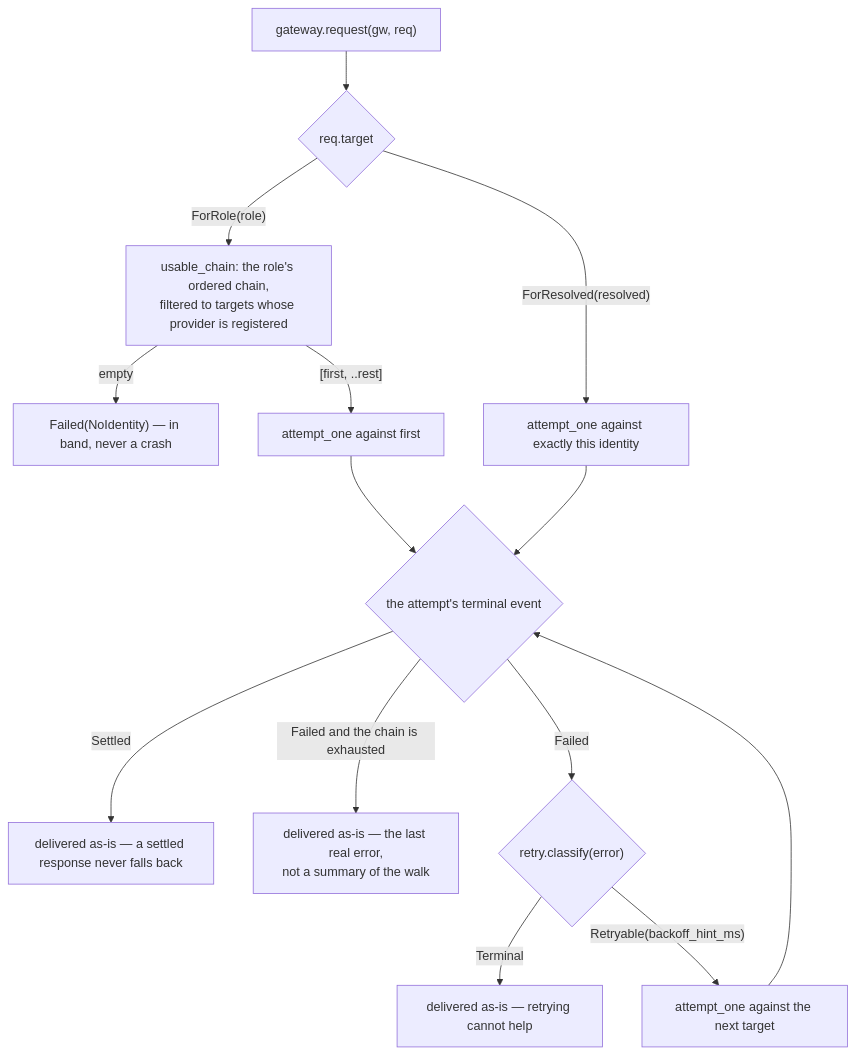
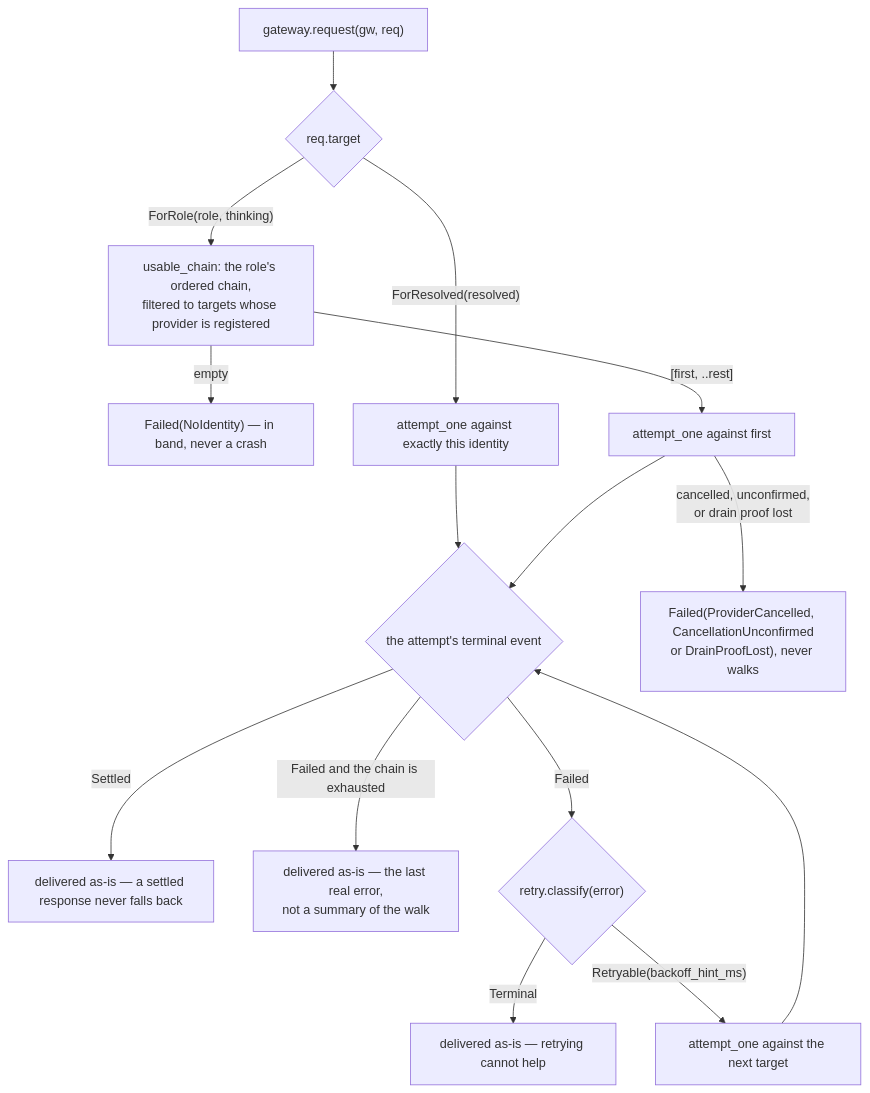
The fourth of 5 diagrams in packages/provider/README.md (Roasbeef/loom), drawn with Mermaid before and after one commit. The commit also changed other lines of this file, not shown here.

First line of the commit message:
provider: document all four dialects

````diff
--- a/packages/provider/README.md
+++ b/packages/provider/README.md
@@ -154,19 +221,20 @@
 ```mermaid
 flowchart TD
   REQ["gateway.request(gw, req)"] --> T{"req.target"}
 
-  T -->|"ForRole(role)"| CH["usable_chain: the role's ordered chain,<br/>filtered to targets whose provider is registered"]
+  T -->|"ForRole(role, thinking)"| CH["usable_chain: the role's ordered chain,<br/>filtered to targets whose provider is registered"]
   CH -->|empty| NI["Failed(NoIdentity) — in band, never a crash"]
   CH -->|"[first, ..rest]"| A["attempt_one against first"]
 
   T -->|"ForResolved(resolved)"| ONE["attempt_one against exactly this identity"]
   ONE --> TERM
 
   A --> TERM{"the attempt's terminal event"}
+  A -->|"cancelled, unconfirmed,<br/>or drain proof lost"| STOP["Failed(ProviderCancelled, CancellationUnconfirmed<br/>or DrainProofLost), never walks"]
   TERM -->|"Settled"| DONE["delivered as-is — a settled response never falls back"]
   TERM -->|"Failed and the chain is exhausted"| LAST["delivered as-is — the last real error,<br/>not a summary of the walk"]
   TERM -->|Failed| CL{"retry.classify(error)"}
   CL -->|Terminal| DONE2["delivered as-is — retrying cannot help"]
   CL -->|"Retryable(backoff_hint_ms)"| NEXT["attempt_one against the next target"]
   NEXT --> TERM
 ```
````
